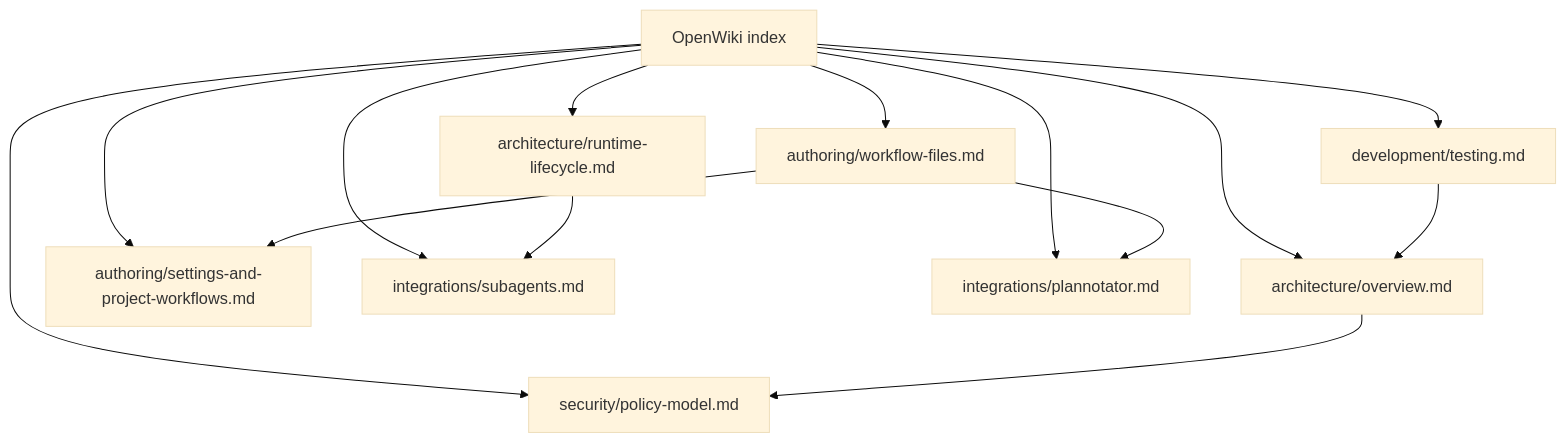
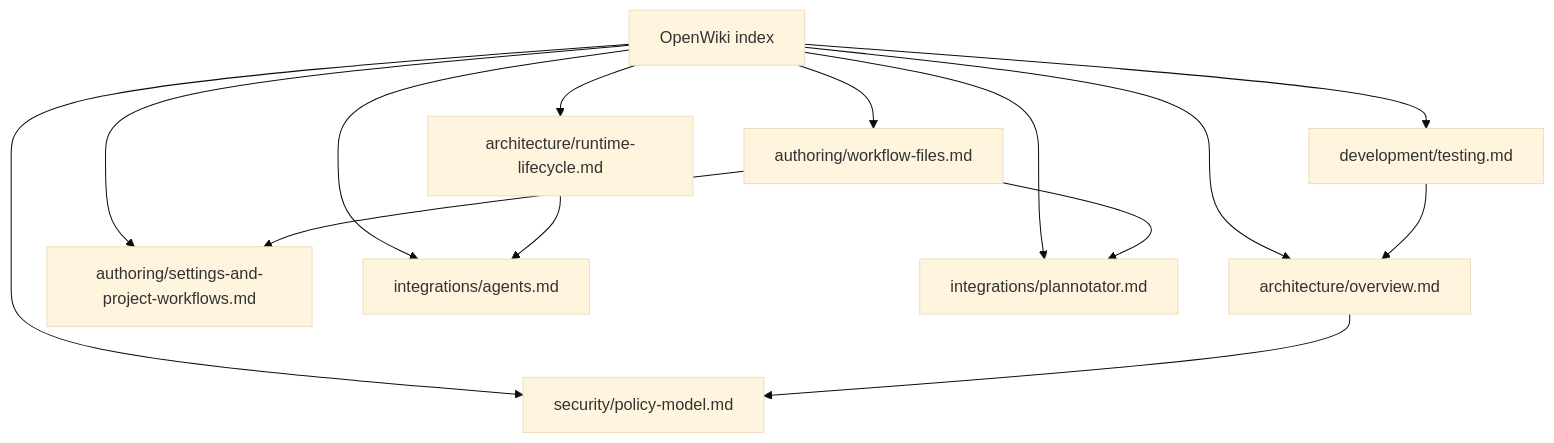
One commit to wichayutdew/pi-workflows changed the first of 3 diagrams in openwiki/quickstart.md. Above: the diagram before and after it, drawn with Mermaid (base theme). The commit also changed other lines of this file and 66 other files, not shown here.

````diff
--- a/openwiki/quickstart.md
+++ b/openwiki/quickstart.md
@@ -10,17 +10,17 @@
 ```mermaid
 flowchart TD
   Q[OpenWiki index] --> A[architecture/overview.md]
   Q --> L[architecture/runtime-lifecycle.md]
   Q --> W[authoring/workflow-files.md]
   Q --> S[authoring/settings-and-project-workflows.md]
   Q --> P[security/policy-model.md]
-  Q --> G[integrations/subagents.md]
+  Q --> G[integrations/agents.md]
   Q --> R[integrations/plannotator.md]
   Q --> D[development/testing.md]
 
   A --> P
   L --> G
   W --> S
   W --> R
   D --> A
 ```
````
